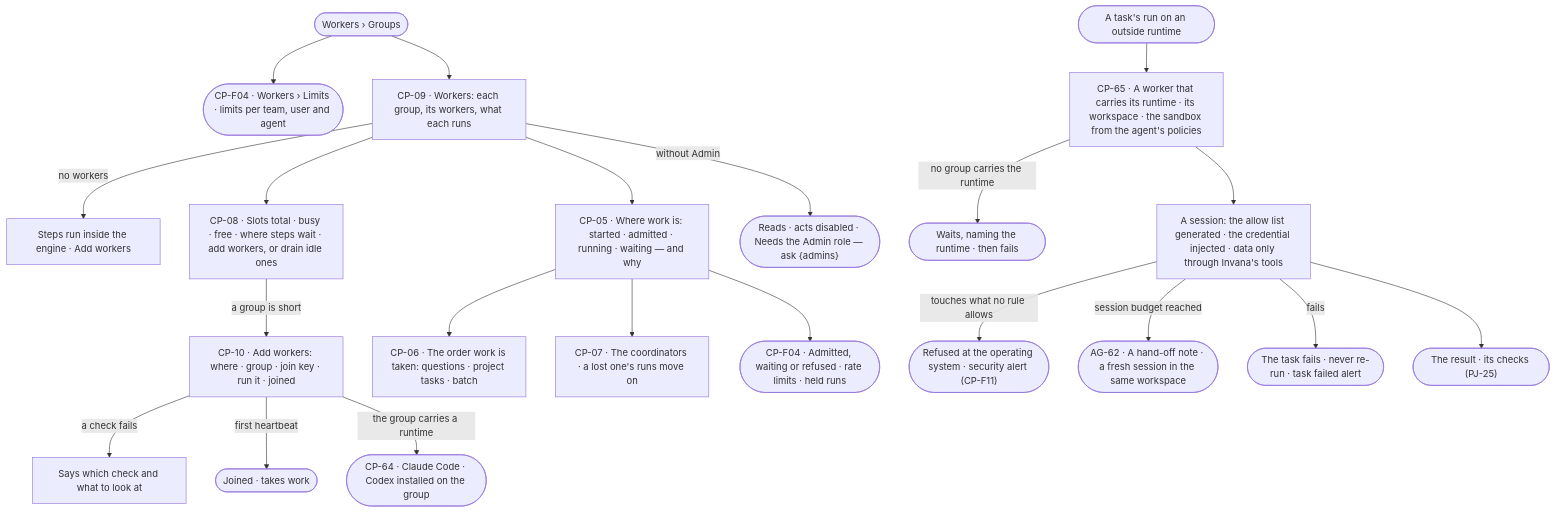
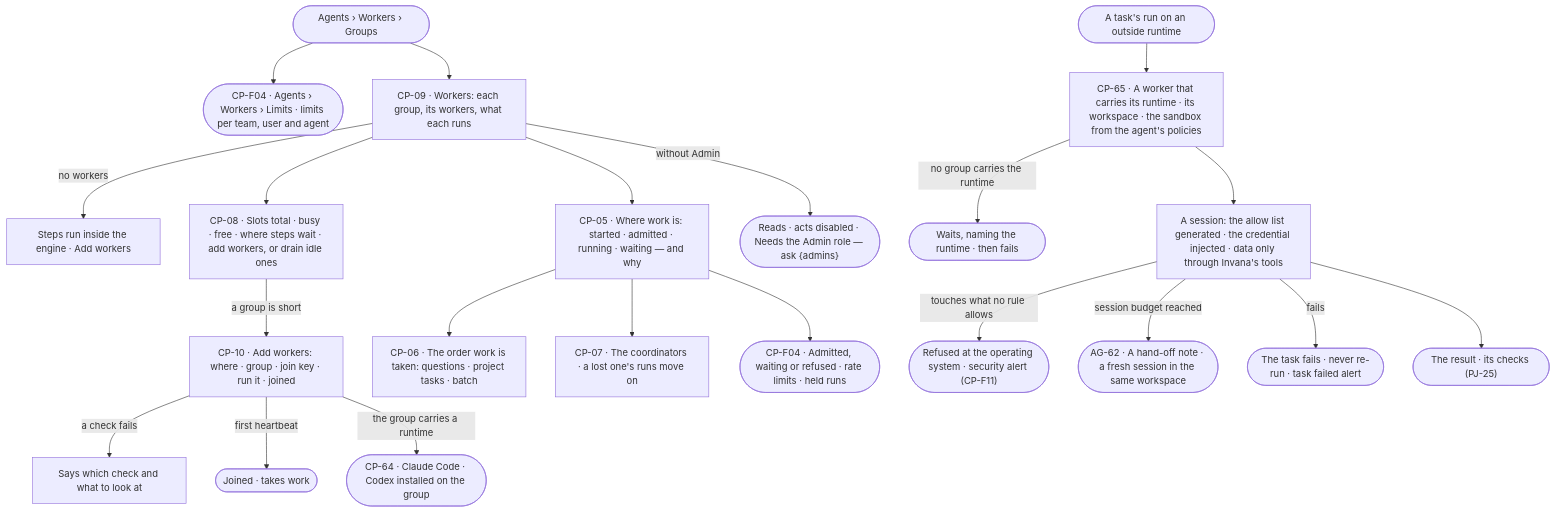
Before and after one commit to invana/invana: the first of 3 diagrams in specs/os/control/features/CP-F03-workers-and-the-queue/feature.md, drawn with Mermaid. The commit also changed other lines of this file and 106 other files, not shown here.

````diff
--- a/specs/os/control/features/CP-F03-workers-and-the-queue/feature.md
+++ b/specs/os/control/features/CP-F03-workers-and-the-queue/feature.md
@@ -26,23 +26,23 @@
 ```mermaid
 flowchart TD
-  s([Workers › Groups]) --> lim(["CP-F04 · Workers › Limits · limits per team, user and agent"])
+  s([Agents › Workers › Groups]) --> lim(["CP-F04 · Agents › Workers › Limits · limits per team, user and agent"])
   s --> wk["CP-09 · Workers: each group, its workers, what each runs"]
   wk -->|no workers| nw["Steps run inside the engine · Add workers"]
   wk --> cap["CP-08 · Slots total · busy · free · where steps wait · add workers, or drain idle ones"]
   cap -->|a group is short| add["CP-10 · Add workers: where · group · join key · run it · joined"]
   add -->|a check fails| fx["Says which check and what to look at"]
   add -->|first heartbeat| j(["Joined · takes work"])
   wk --> flow["CP-05 · Where work is: started · admitted · running · waiting — and why"]
   flow --> ord["CP-06 · The order work is taken: questions · project tasks · batch"]
   flow --> co["CP-07 · The coordinators · a lost one's runs move on"]
   flow --> adm(["CP-F04 · Admitted, waiting or refused · rate limits · held runs"])
   wk -->|without Admin| ro(["Reads · acts disabled · Needs the Admin role — ask {admins}"])
   add -->|the group carries a runtime| rt(["CP-64 · Claude Code · Codex installed on the group"])
   task([A task's run on an outside runtime]) --> sbx["CP-65 · A worker that carries its runtime · its workspace · the sandbox from the agent's policies"]
   sbx -->|no group carries the runtime| nr(["Waits, naming the runtime · then fails"])
   sbx --> ses["A session: the allow list generated · the credential injected · data only through Invana's tools"]
   ses -->|touches what no rule allows| ref(["Refused at the operating system · security alert (CP-F11)"])
   ses -->|session budget reached| ho(["AG-62 · A hand-off note · a fresh session in the same workspace"])
   ses -->|fails| fl(["The task fails · never re-run · task failed alert"])
   ses --> done(["The result · its checks (PJ-25)"])
 ```
````
